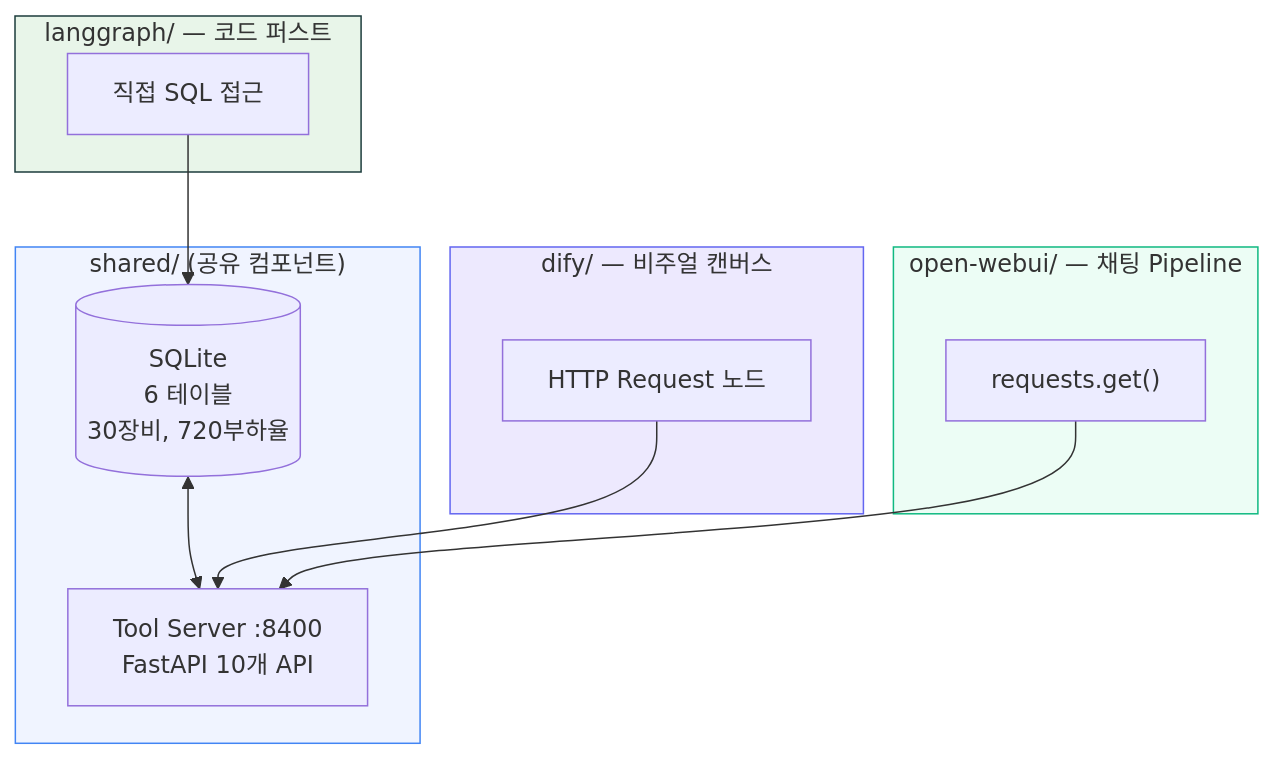
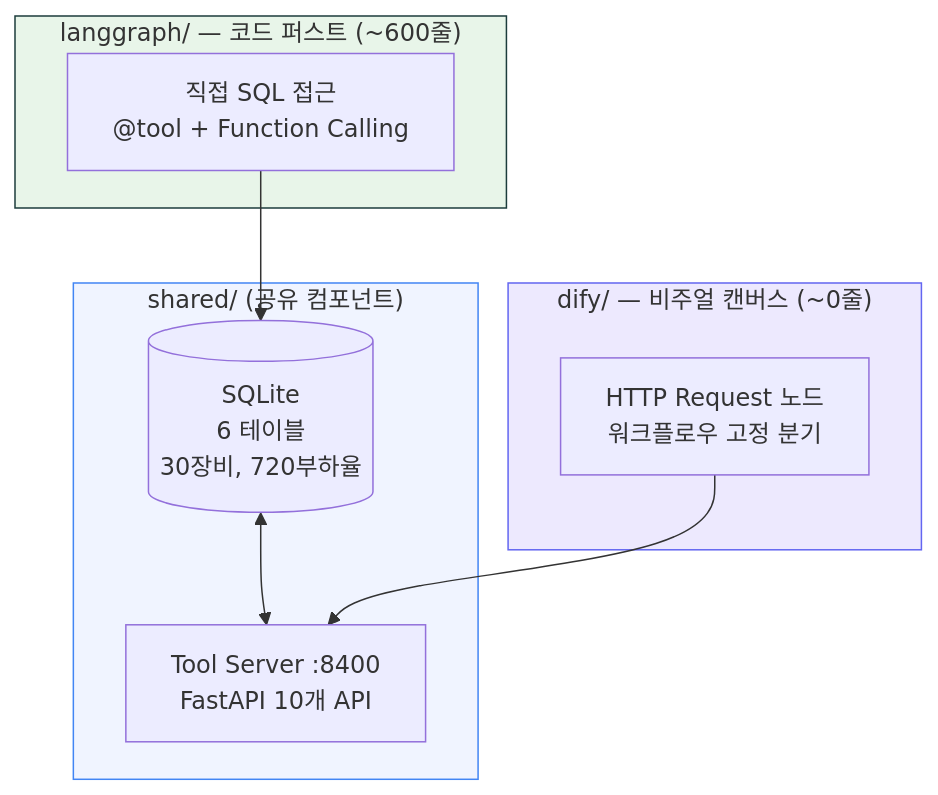
The first of 5 diagrams in README.md (donchoru/ai-workflow-compare), drawn with Mermaid before and after one commit. The commit also changed other lines of this file, not shown here.

First line of the commit message:
docs: LangGraph vs Dify 2가지 핵심 비교로 재구성

````diff
--- a/README.md
+++ b/README.md
@@ -92,29 +92,23 @@
 ```mermaid
 graph TB
     subgraph shared["shared/ (공유 컴포넌트)"]
         DB[(SQLite<br>6 테이블<br>30장비, 720부하율)]
         TS["Tool Server :8400<br>FastAPI 10개 API"]
         DB <--> TS
     end
 
-    subgraph impl1["langgraph/ — 코드 퍼스트"]
-        LG_SQL["직접 SQL 접근"]
+    subgraph impl1["langgraph/ — 코드 퍼스트 (~600줄)"]
+        LG_SQL["직접 SQL 접근<br>@tool + Function Calling"]
     end
 
-    subgraph impl2["dify/ — 비주얼 캔버스"]
-        DIFY_HTTP["HTTP Request 노드"]
-    end
-
-    subgraph impl3["open-webui/ — 채팅 Pipeline"]
-        OW_HTTP["requests.get()"]
+    subgraph impl2["dify/ — 비주얼 캔버스 (~0줄)"]
+        DIFY_HTTP["HTTP Request 노드<br>워크플로우 고정 분기"]
     end
 
     LG_SQL --> DB
     DIFY_HTTP --> TS
-    OW_HTTP --> TS
 
     style shared fill:#f0f4ff,stroke:#4285f4
     style impl1 fill:#e8f5e9,stroke:#1C3C3C
     style impl2 fill:#ede9fe,stroke:#6366f1
-    style impl3 fill:#ecfdf5,stroke:#10b981
 ```
````
